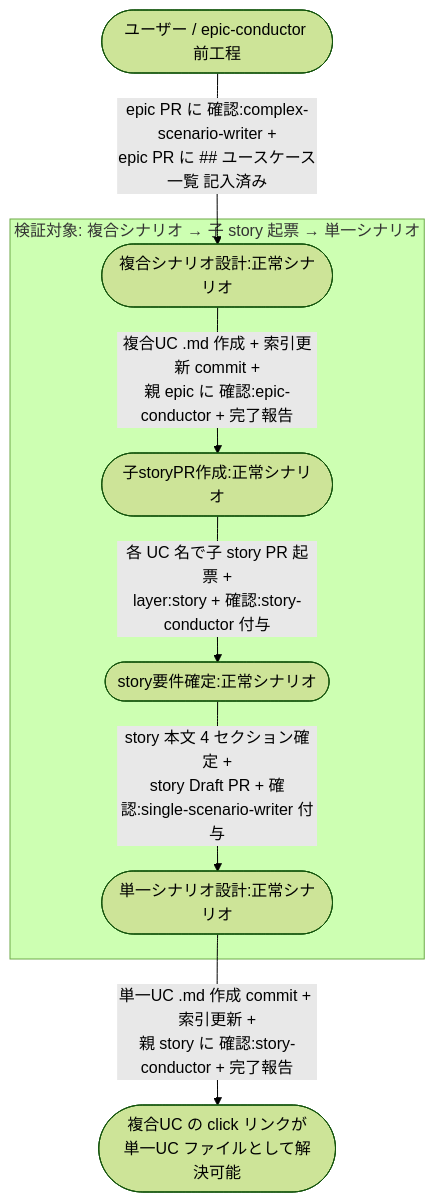
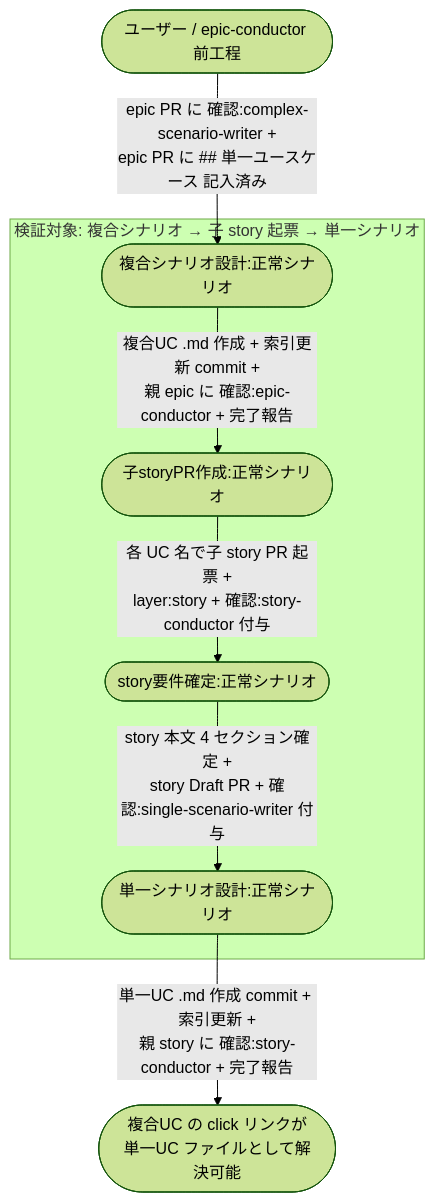
Before and after one commit to shuhei1101/ai-monitor: the diagram in docs/wiki/設計図/シナリオ/複合ユースケース/シナリオ間のリンク成立.md, drawn with Mermaid (forest theme). The commit also changed other lines of this file and 2 other files, not shown here.

Commit message:
残る複合UCシナリオ3本のepic本文セクション名を新方式に合わせる

````diff
--- a/docs/wiki/設計図/シナリオ/複合ユースケース/シナリオ間のリンク成立.md
+++ b/docs/wiki/設計図/シナリオ/複合ユースケース/シナリオ間のリンク成立.md
@@ -28,17 +28,17 @@
 ```mermaid
 flowchart TD
-  A0([ユーザー / epic-conductor 前工程]) -->|epic PR に 確認:complex-scenario-writer +<br>epic PR に ## ユースケース一覧 記入済み| UC1
+  A0([ユーザー / epic-conductor 前工程]) -->|epic PR に 確認:complex-scenario-writer +<br>epic PR に ## 単一ユースケース 記入済み| UC1
 
   subgraph FOCUS["検証対象: 複合シナリオ → 子 story 起票 → 単一シナリオ"]
     UC1([複合シナリオ設計:正常シナリオ]) -->|複合UC .md 作成 + 索引更新 commit +<br>親 epic に 確認:epic-conductor + 完了報告| UC2([子storyPR作成:正常シナリオ])
     UC2 -->|各 UC 名で子 story PR 起票 +<br>layer:story + 確認:story-conductor 付与| UC3([story要件確定:正常シナリオ])
     UC3 -->|story 本文 4 セクション確定 +<br>story Draft PR + 確認:single-scenario-writer 付与| UC4([単一シナリオ設計:正常シナリオ])
   end
 
   UC4 -->|単一UC .md 作成 commit + 索引更新 +<br>親 story に 確認:story-conductor + 完了報告| DONE([複合UC の click リンクが<br>単一UC ファイルとして解決可能])
 
   click UC1 "../単一ユースケース/複合シナリオ設計.md#正常シナリオ"
   click UC2 "../単一ユースケース/子storyPR作成.md#正常シナリオ"
   click UC3 "../単一ユースケース/story要件確定.md#正常シナリオ"
   click UC4 "../単一ユースケース/単一シナリオ設計.md#正常シナリオ"
 ```
````
